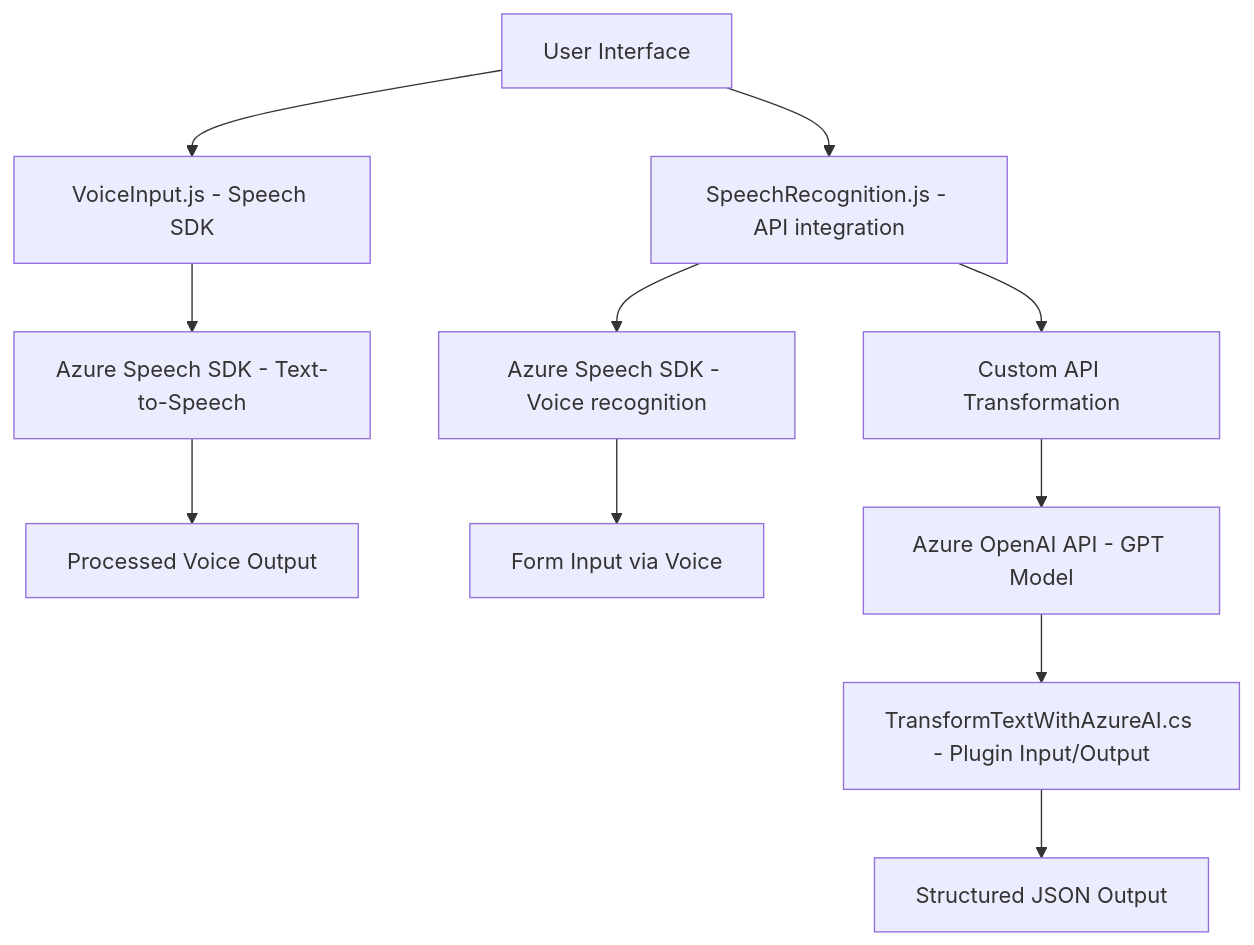
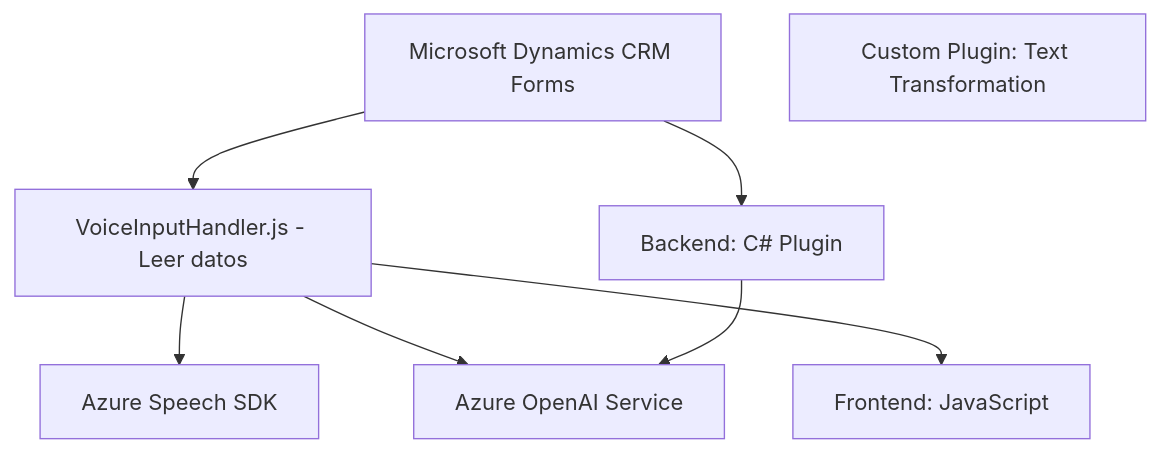
One commit to blopezdm/NETCORE_BILBAO2025 changed the diagram in README.md. Above: the diagram before and after it, drawn with Mermaid. The commit also changed other lines of this file, not shown here.

````diff
--- a/README.md
+++ b/README.md
@@ -31,13 +37,17 @@
 ```mermaid
 graph TD
-    A["User Interface"] --> B["VoiceInput.js - Speech SDK"]
-    A --> C["SpeechRecognition.js - API integration"]
-    B --> D["Azure Speech SDK - Text-to-Speech"]
-    C --> E["Azure Speech SDK - Voice recognition"]
-    C --> F["Custom API Transformation"]
-    F --> G["Azure OpenAI API - GPT Model"]
-    G --> H["TransformTextWithAzureAI.cs - Plugin Input/Output"]
-    D --> I["Processed Voice Output"]
-    E --> J["Form Input via Voice"]
-    H --> K["Structured JSON Output"]
+    A["Microsoft Dynamics CRM Forms"]
+    B["Azure Speech SDK"]
+    C["VoiceInputHandler.js - Leer datos"]
+    D["Azure OpenAI Service"]
+    E["Custom Plugin: Text Transformation"]
+    F["Frontend: JavaScript"]
+    G["Backend: C# Plugin"]
+
+    A --> C
+    A --> G
+    C --> B
+    C --> D
+    G --> D
+    C --> F
 ```
````
